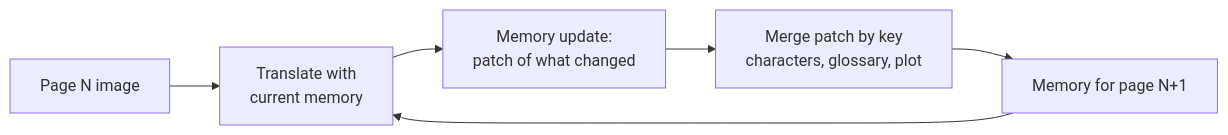
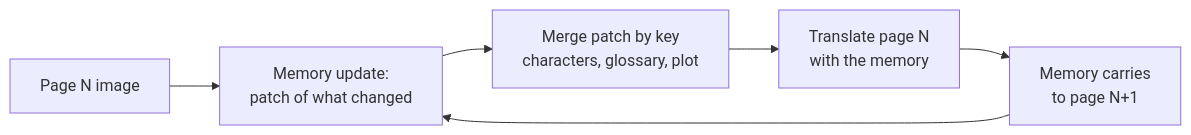
Before and after one commit to IlyaGusev/fukidashi: the diagram in docs/case-study.md, drawn with Mermaid. The commit also changed other lines of this file, not shown here.

Commit message:
Fix memory loop order, cost framing, and next steps in the case study

````diff
--- a/docs/case-study.md
+++ b/docs/case-study.md
@@ -25,8 +25,8 @@
 ```mermaid
 flowchart LR
-    A[Page N image] --> B[Translate with<br/>current memory]
-    B --> C[Memory update:<br/>patch of what changed]
-    C --> D[Merge patch by key<br/>characters, glossary, plot]
-    D --> E[Memory for page N+1]
+    A[Page N image] --> B[Memory update:<br/>patch of what changed]
+    B --> C[Merge patch by key<br/>characters, glossary, plot]
+    C --> D[Translate page N<br/>with the memory]
+    D --> E[Memory carries<br/>to page N+1]
     E --> B
 ```
````
